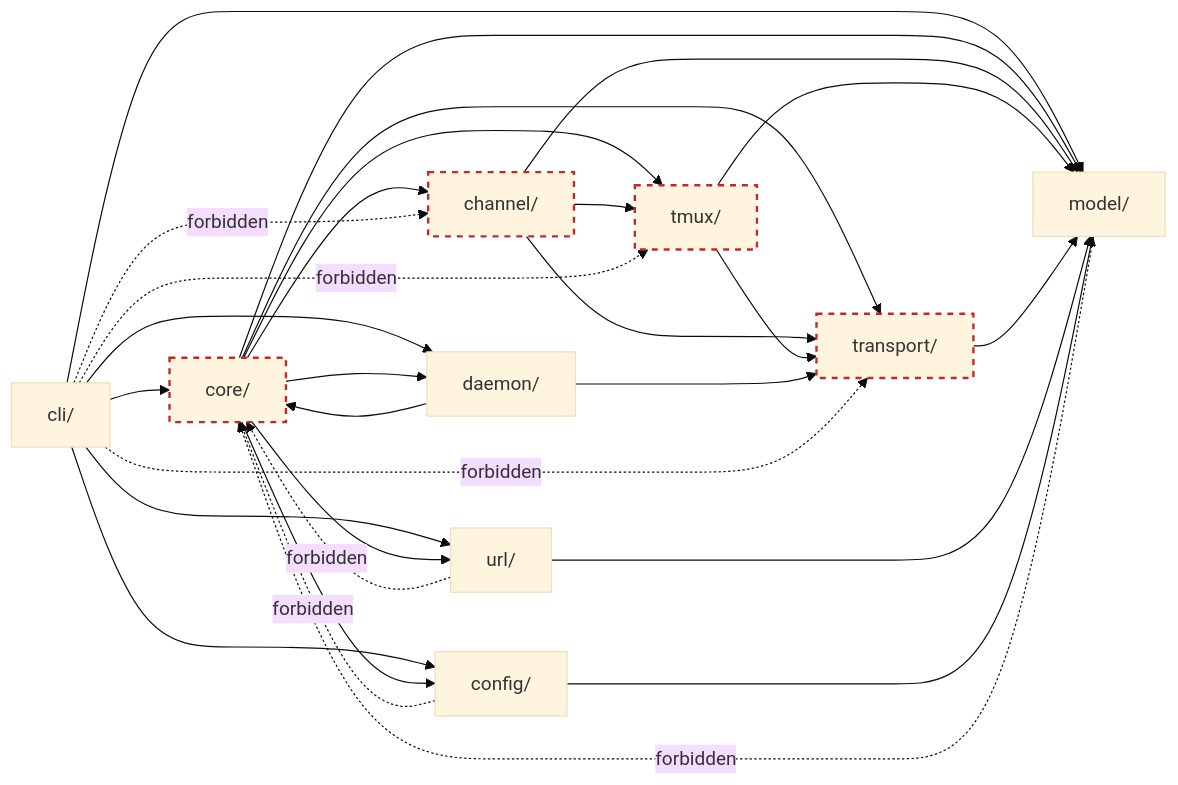
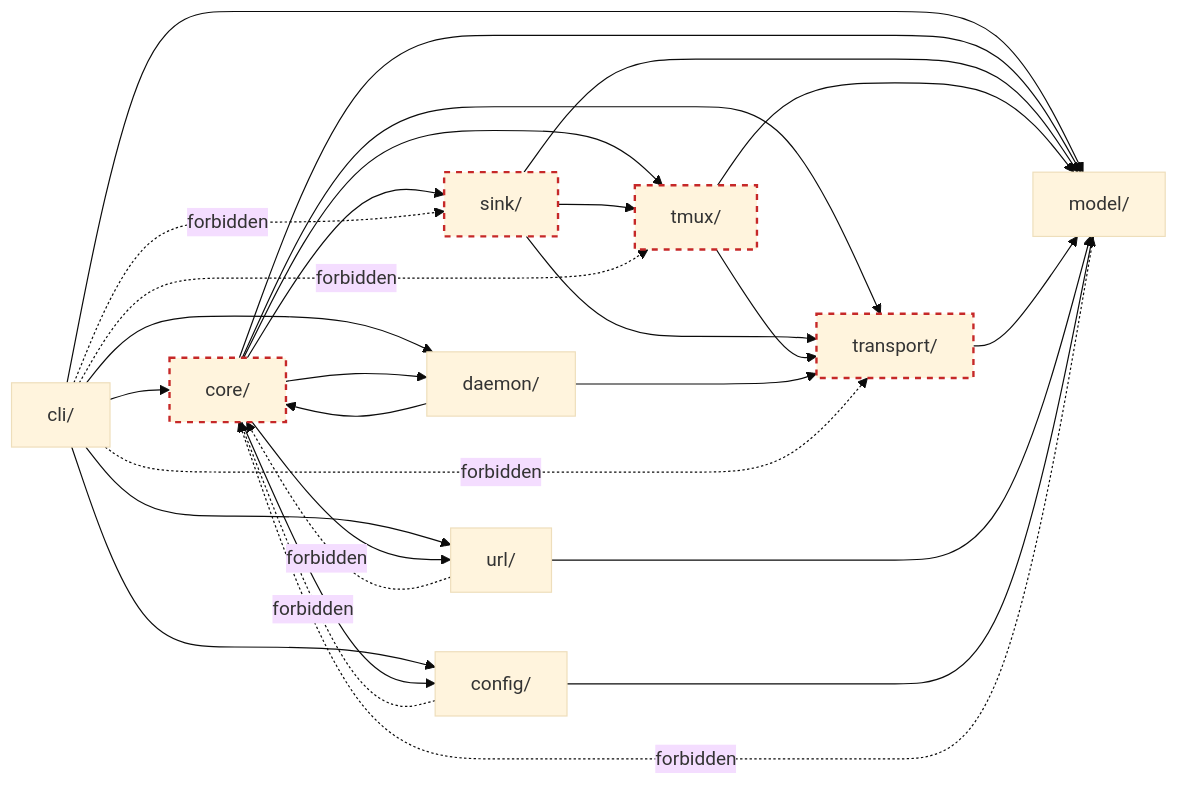
Before and after one commit to xiaoshan1234/xscore: the fourth of 4 diagrams in doc/dev/arch/arch.md, drawn with Mermaid (base theme). The commit also changed other lines of this file, not shown here.

````diff
--- a/doc/dev/arch/arch.md
+++ b/doc/dev/arch/arch.md
@@ -603,50 +659,50 @@
 ```mermaid
 graph LR
     CLI["cli/"]
     CORE["core/"]
     MODEL["model/"]
-    CHAN["channel/"]
+    CHAN["sink/"]
     TR["transport/"]
     TM["tmux/"]
     DM["daemon/"]
     URL["url/"]
     CFG["config/"]
 
     CLI --> CORE
     CLI --> MODEL
     CLI --> URL
     CLI --> CFG
     CLI --> DM
 
     CORE --> MODEL
     CORE --> CHAN
     CORE --> TR
     CORE --> TM
     CORE --> DM
     CORE --> URL
     CORE --> CFG
 
     CHAN --> TR
     CHAN --> TM
     CHAN --> MODEL
 
     TM --> TR
     TM --> MODEL
 
     TR --> MODEL
 
     DM --> TR
     DM --> CORE
 
     URL --> MODEL
     CFG --> MODEL
 
     classDef bad stroke:#c62828,stroke-width:2px,stroke-dasharray: 5 5
     CLI -.->|forbidden| TR
     CLI -.->|forbidden| TM
     CLI -.->|forbidden| CHAN
     MODEL -.->|forbidden| CORE
     URL -.->|forbidden| CORE
     CFG -.->|forbidden| CORE
     class TR,TM,CHAN,CORE bad
 ```
````
